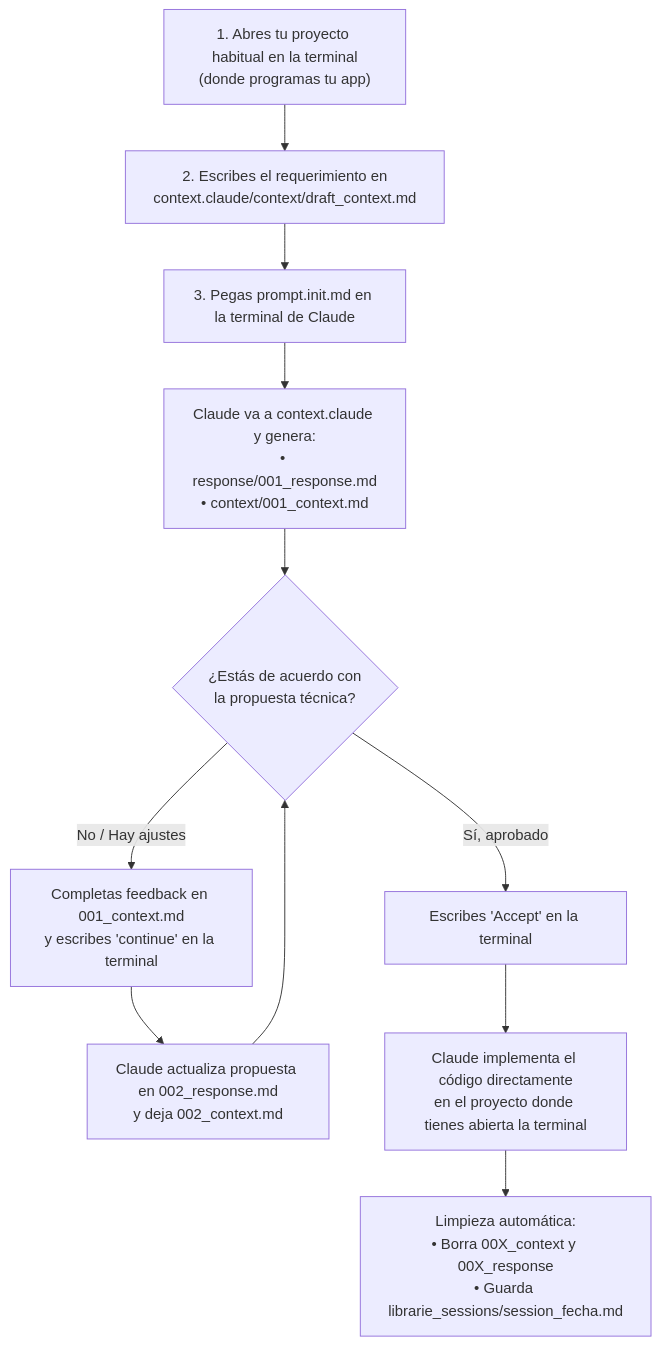
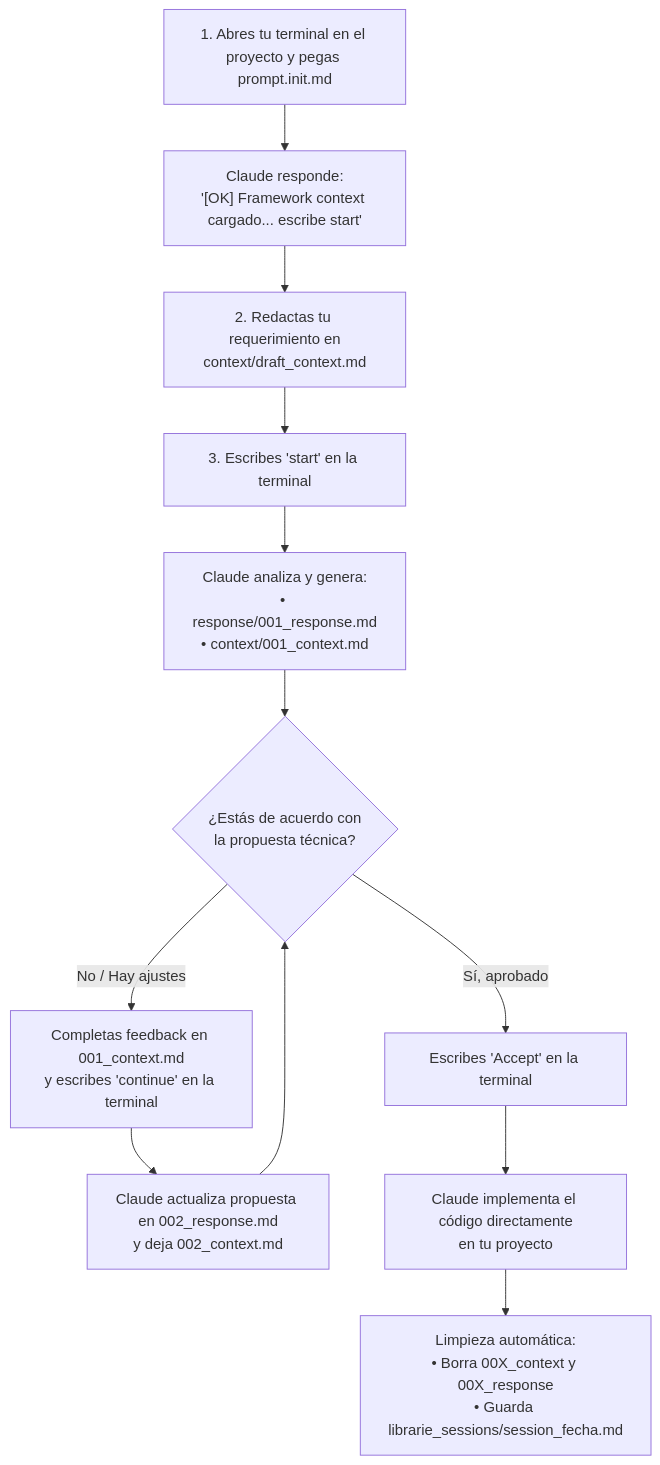
Before and after one commit to DevDangel/framework_context.claude: the diagram in DOC.MD, drawn with Mermaid. The commit also changed other lines of this file and 2 other files, not shown here.

Commit message:
patch start

````diff
--- a/DOC.MD
+++ b/DOC.MD
@@ -42,15 +42,16 @@
 ```mermaid
 flowchart TD
-    A["1. Abres tu proyecto habitual en la terminal<br/>(donde programas tu app)"] --> B["2. Escribes el requerimiento en<br/>context.claude/context/draft_context.md"]
-    B --> C["3. Pegas prompt.init.md en la terminal de Claude"]
-    C --> D["Claude va a context.claude y genera:<br/>• response/001_response.md<br/>• context/001_context.md"]
-    D --> E{"¿Estás de acuerdo con<br/>la propuesta técnica?"}
+    A["1. Abres tu terminal en el proyecto y pegas prompt.init.md"] --> B["Claude responde:<br/>'[OK] Framework context cargado... escribe start'"]
+    B --> C["2. Redactas tu requerimiento en<br/>context/draft_context.md"]
+    C --> D["3. Escribes 'start' en la terminal"]
+    D --> E["Claude analiza y genera:<br/>• response/001_response.md<br/>• context/001_context.md"]
+    E --> F{"¿Estás de acuerdo con<br/>la propuesta técnica?"}
     
-    E -- "No / Hay ajustes" --> F["Completas feedback en 001_context.md<br/>y escribes 'continue' en la terminal"]
-    F --> G["Claude actualiza propuesta en 002_response.md<br/>y deja 002_context.md"]
-    G --> E
+    F -- "No / Hay ajustes" --> G["Completas feedback en 001_context.md<br/>y escribes 'continue' en la terminal"]
+    G --> H["Claude actualiza propuesta en 002_response.md<br/>y deja 002_context.md"]
+    H --> F
     
-    E -- "Sí, aprobado" --> H["Escribes 'Accept' en la terminal"]
-    H --> I["Claude implementa el código directamente<br/>en el proyecto donde tienes abierta la terminal"]
-    I --> J["Limpieza automática:<br/>• Borra 00X_context y 00X_response<br/>• Guarda librarie_sessions/session_fecha.md"]
+    F -- "Sí, aprobado" --> I["Escribes 'Accept' en la terminal"]
+    I --> J["Claude implementa el código directamente<br/>en tu proyecto"]
+    J --> K["Limpieza automática:<br/>• Borra 00X_context y 00X_response<br/>• Guarda librarie_sessions/session_fecha.md"]
 ```
````
